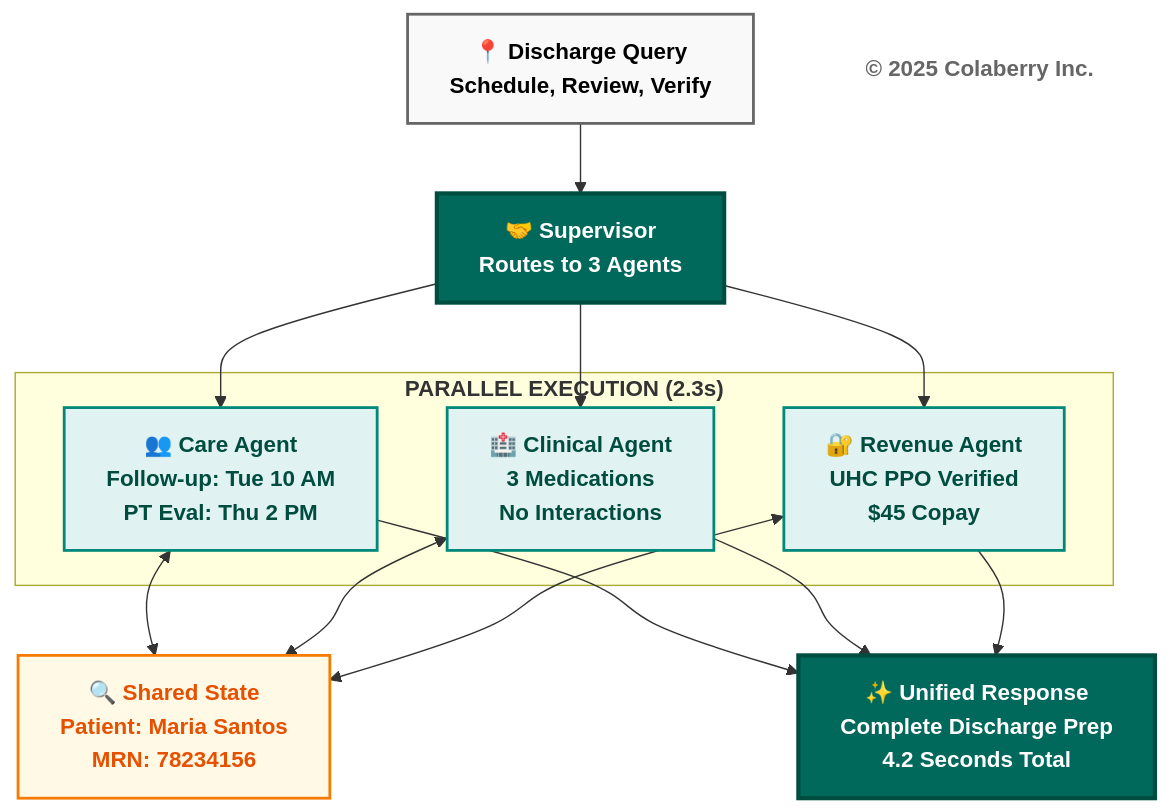
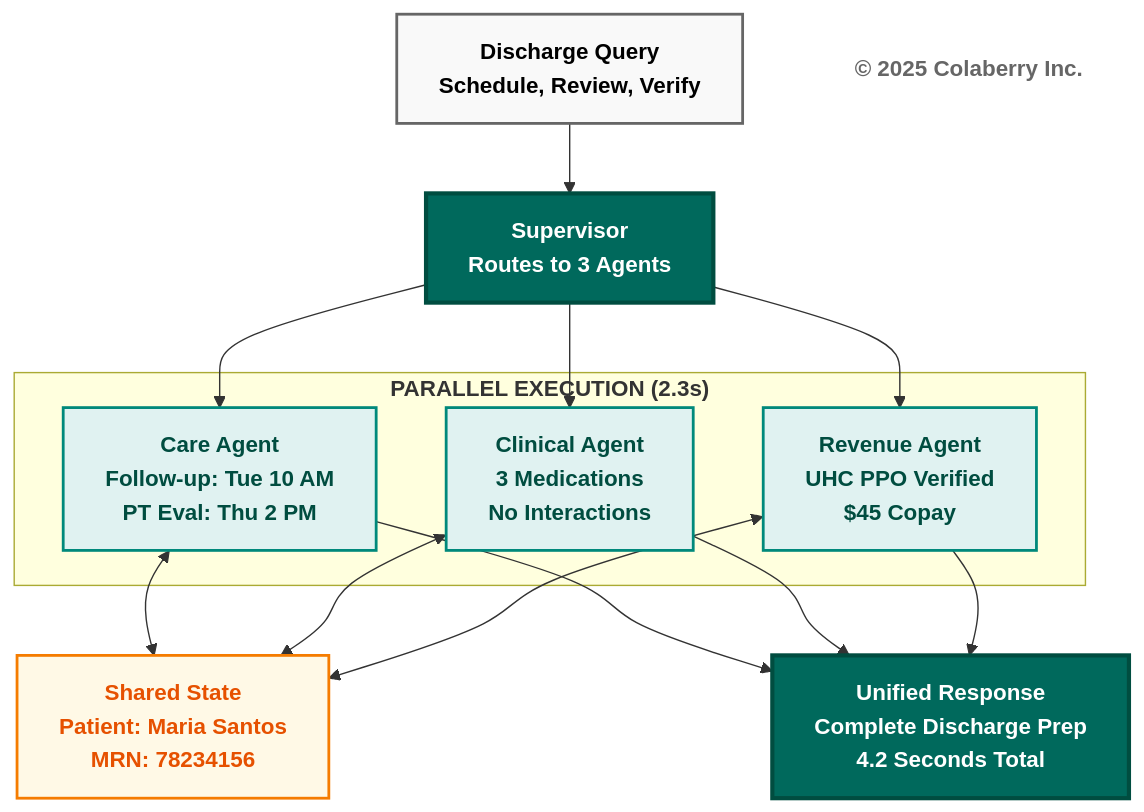
One commit to saitejesh-cyber/trust-before-intelligence-book changed the tenth of 14 diagrams in manuscript/07_chapter_6_transparency_orchestration_layers.md. Above: the diagram before and after it, drawn with Mermaid. The commit also changed other lines of this file and 2 other files, not shown here.

````diff
--- a/manuscript/07_chapter_6_transparency_orchestration_layers.md
+++ b/manuscript/07_chapter_6_transparency_orchestration_layers.md
@@ -1003,38 +999,38 @@
 ```mermaid
 graph TB
-    Query["<b>📍 Discharge Query</b><br/><b>Schedule, Review, Verify</b>"]
+    Query["<b>Discharge Query</b><br/><b>Schedule, Review, Verify</b>"]
     
-    Supervisor["<b>🤝 Supervisor</b><br/><b>Routes to 3 Agents</b>"]
+    Supervisor["<b>Supervisor</b><br/><b>Routes to 3 Agents</b>"]
     
     subgraph "<b>PARALLEL EXECUTION (2.3s)</b>"
-        Care["<b>👥 Care Agent</b><br/><b>Follow-up: Tue 10 AM</b><br/><b>PT Eval: Thu 2 PM</b>"]
-        Clinical["<b>🏥 Clinical Agent</b><br/><b>3 Medications</b><br/><b>No Interactions</b>"]
-        Revenue["<b>🔐 Revenue Agent</b><br/><b>UHC PPO Verified</b><br/><b>$45 Copay</b>"]
+        Care["<b>Care Agent</b><br/><b>Follow-up: Tue 10 AM</b><br/><b>PT Eval: Thu 2 PM</b>"]
+        Clinical["<b>Clinical Agent</b><br/><b>3 Medications</b><br/><b>No Interactions</b>"]
+        Revenue["<b>Revenue Agent</b><br/><b>UHC PPO Verified</b><br/><b>$45 Copay</b>"]
     end
     
-    State["<b>🔍 Shared State</b><br/><b>Patient: Maria Santos</b><br/><b>MRN: 78234156</b>"]
+    State["<b>Shared State</b><br/><b>Patient: Maria Santos</b><br/><b>MRN: 78234156</b>"]
     
-    Response["<b>✨ Unified Response</b><br/><b>Complete Discharge Prep</b><br/><b>4.2 Seconds Total</b>"]
+    Response["<b>Unified Response</b><br/><b>Complete Discharge Prep</b><br/><b>4.2 Seconds Total</b>"]
     
     Copyright["<b>© 2025 Colaberry Inc.</b>"]
     
     Query --> Supervisor
     Supervisor --> Care
     Supervisor --> Clinical
     Supervisor --> Revenue
     Care <--> State
     Clinical <--> State
     Revenue <--> State
     Care --> Response
     Clinical --> Response
     Revenue --> Response
     
     style Query fill:#f9f9f9,stroke:#666666,stroke-width:2px,color:#000000
     style Supervisor fill:#00695c,color:#ffffff,stroke:#004d40,stroke-width:3px
     style Care fill:#e0f2f1,stroke:#00897b,stroke-width:2px,color:#004d40
     style Clinical fill:#e0f2f1,stroke:#00897b,stroke-width:2px,color:#004d40
     style Revenue fill:#e0f2f1,stroke:#00897b,stroke-width:2px,color:#004d40
     style State fill:#fff9e6,stroke:#f57c00,stroke-width:2px,color:#e65100
     style Response fill:#00695c,color:#ffffff,stroke:#004d40,stroke-width:3px
     style Copyright fill:#ffffff,stroke:none,color:#666666
 ```
````
